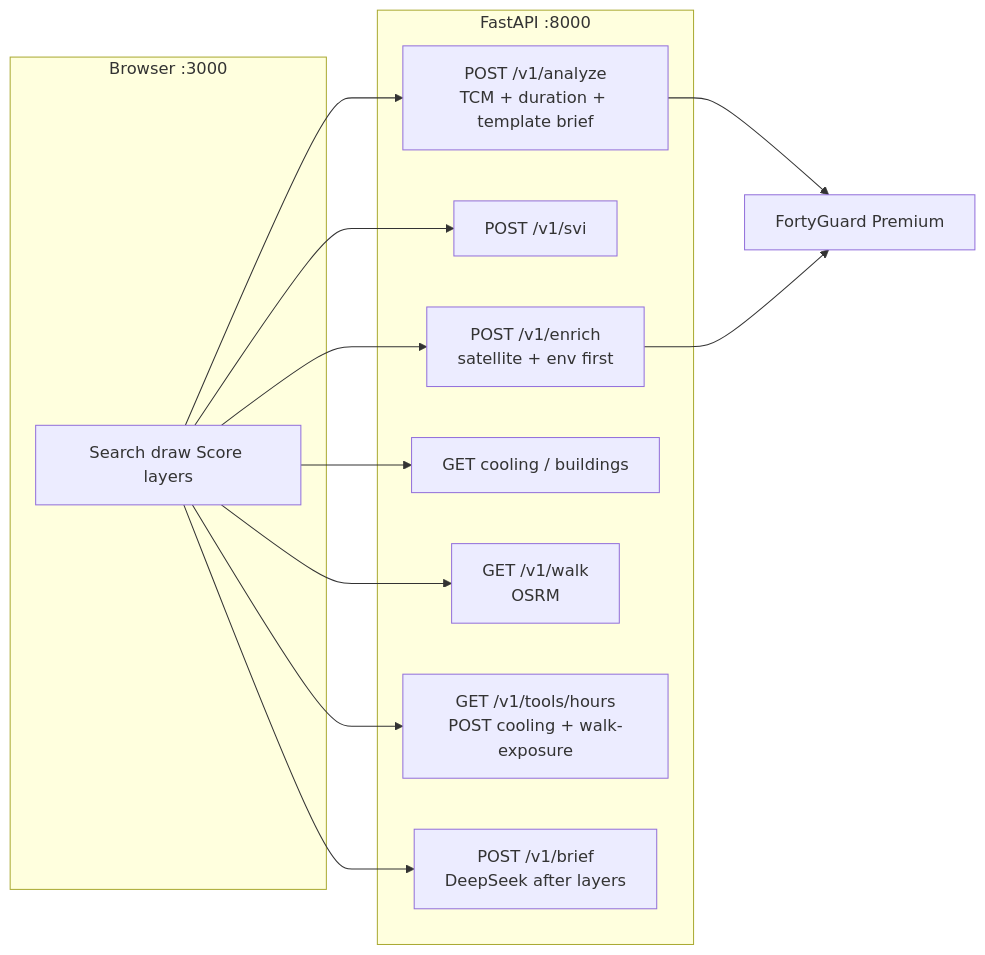
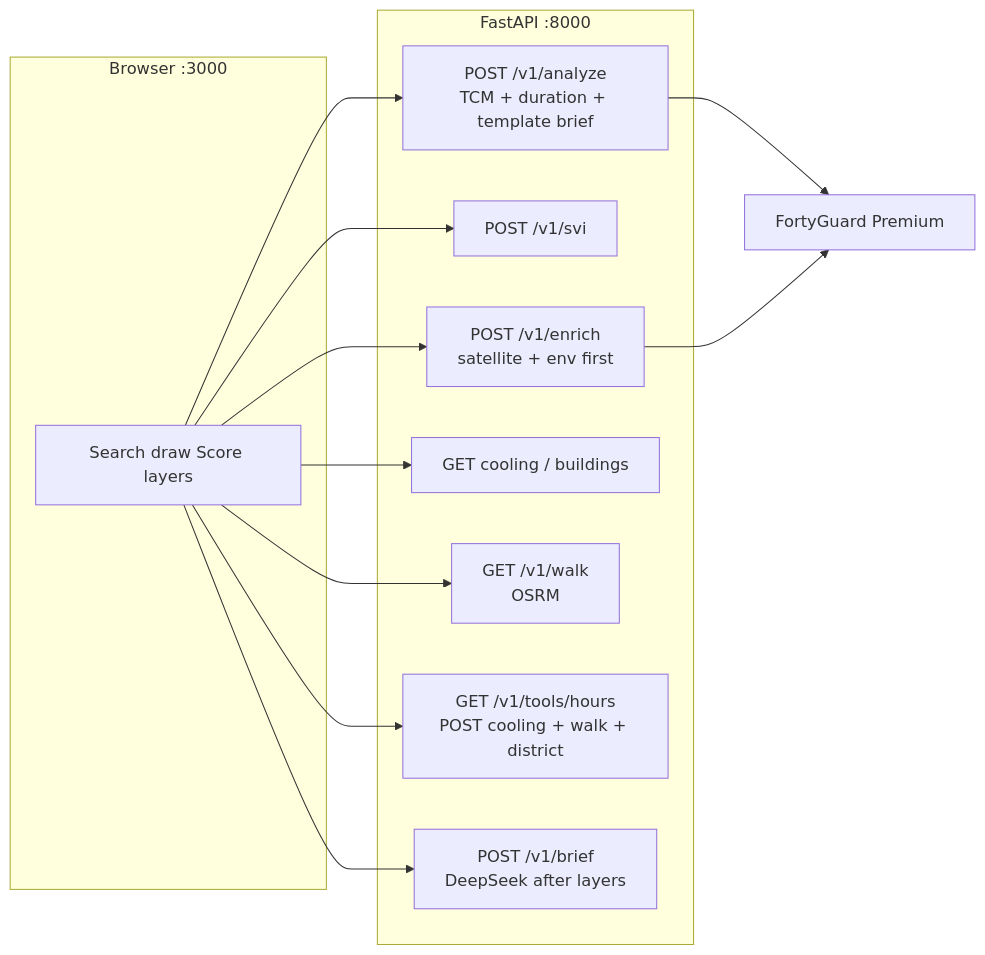
Before and after one commit to Galabavamsi/heatcast: the fourth of 4 diagrams in README.md, drawn with Mermaid. The commit also changed other lines of this file and 19 other files, not shown here.

````diff
--- a/README.md
+++ b/README.md
@@ -249,23 +251,23 @@
 ```mermaid
 flowchart LR
   subgraph browser [Browser :3000]
     UI[Search draw Score layers]
   end
   subgraph api [FastAPI :8000]
     A["POST /v1/analyze\nTCM + duration + template brief"]
     S["POST /v1/svi"]
     E["POST /v1/enrich\nsatellite + env first"]
     O["GET cooling / buildings"]
     W["GET /v1/walk\nOSRM"]
-    T["GET /v1/tools/hours\nPOST cooling + walk-exposure"]
+    T["GET /v1/tools/hours\nPOST cooling + walk + district"]
     B["POST /v1/brief\nDeepSeek after layers"]
   end
   FG[FortyGuard Premium]
   UI --> A --> FG
   UI --> S
   UI --> E --> FG
   UI --> O
   UI --> W
   UI --> T
   UI --> B
 ```
````
